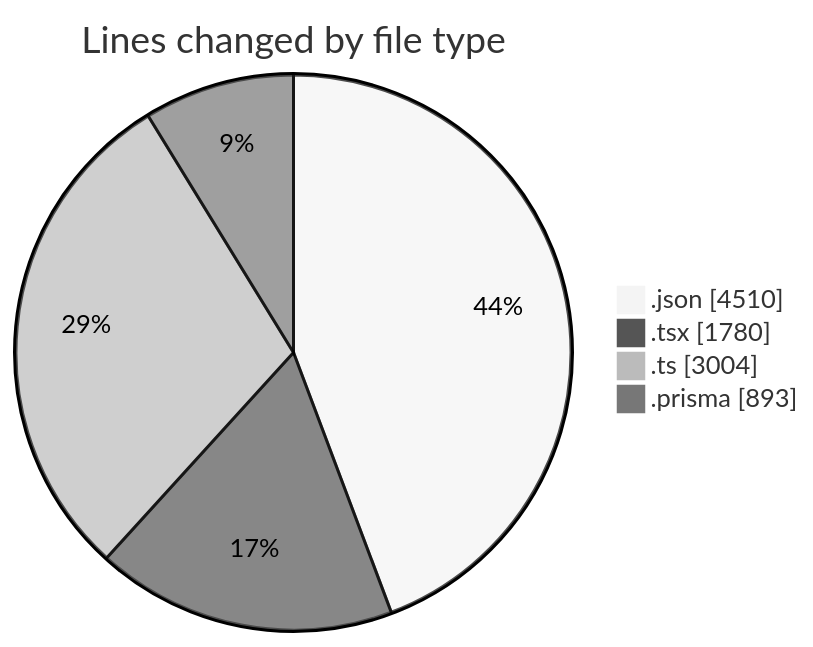
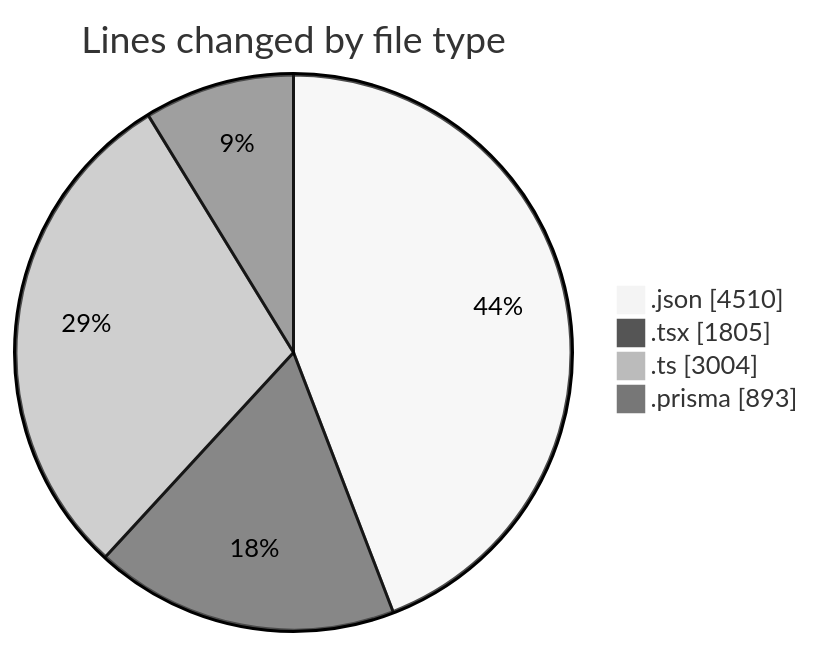
Before and after one commit to CELIANVF/code-tracking: the first of 2 diagrams in 2025-05-05/ecodeli/README.md, drawn with Mermaid (neutral theme). The commit also changed other lines of this file and 1 other file, not shown here.

````diff
--- a/2025-05-05/ecodeli/README.md
+++ b/2025-05-05/ecodeli/README.md
@@ -37,8 +37,8 @@
 ```mermaid
 pie showData
 title Lines changed by file type
 ".json" : 4510
-".tsx" : 1780
+".tsx" : 1805
 ".ts" : 3004
 ".prisma" : 893
 ```
````
